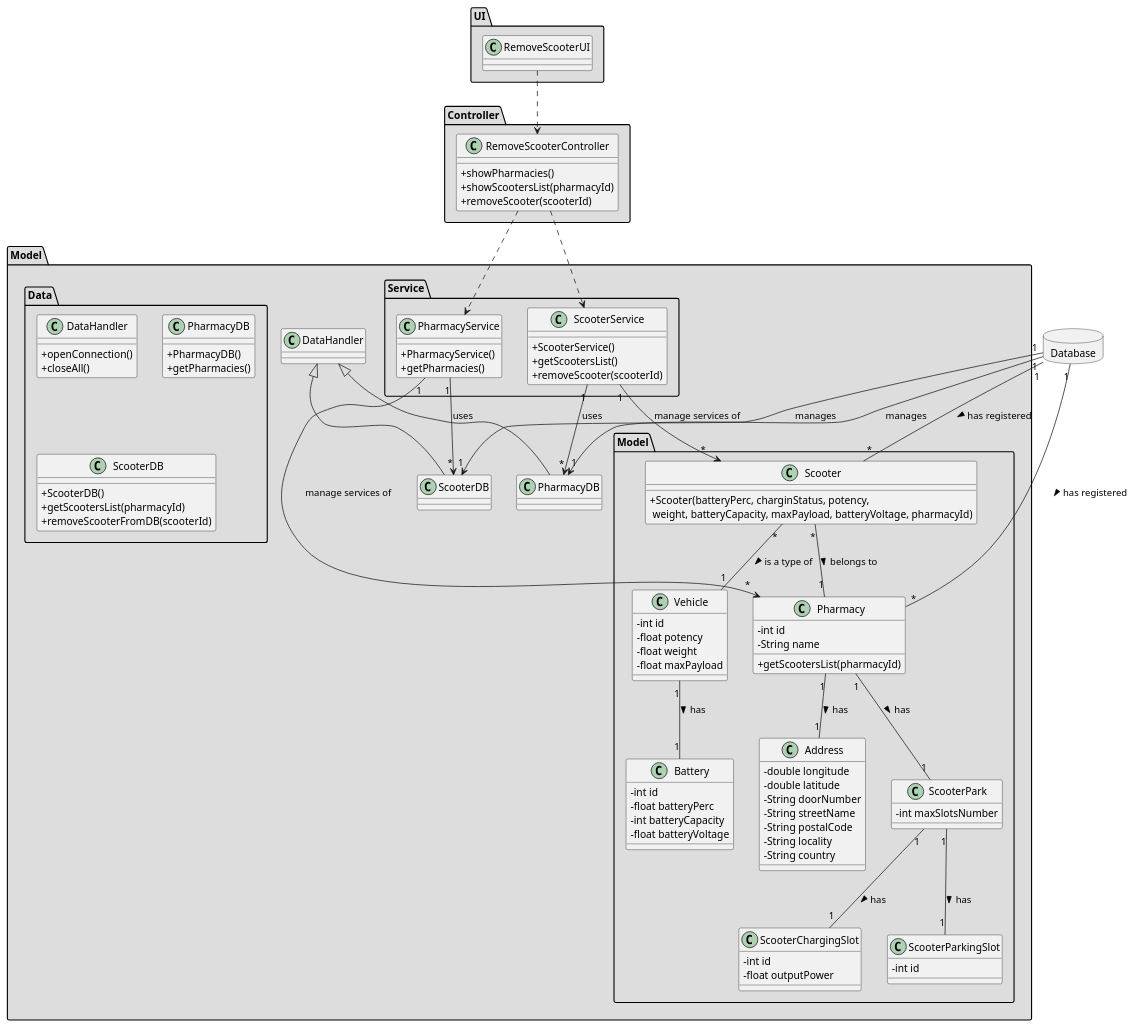
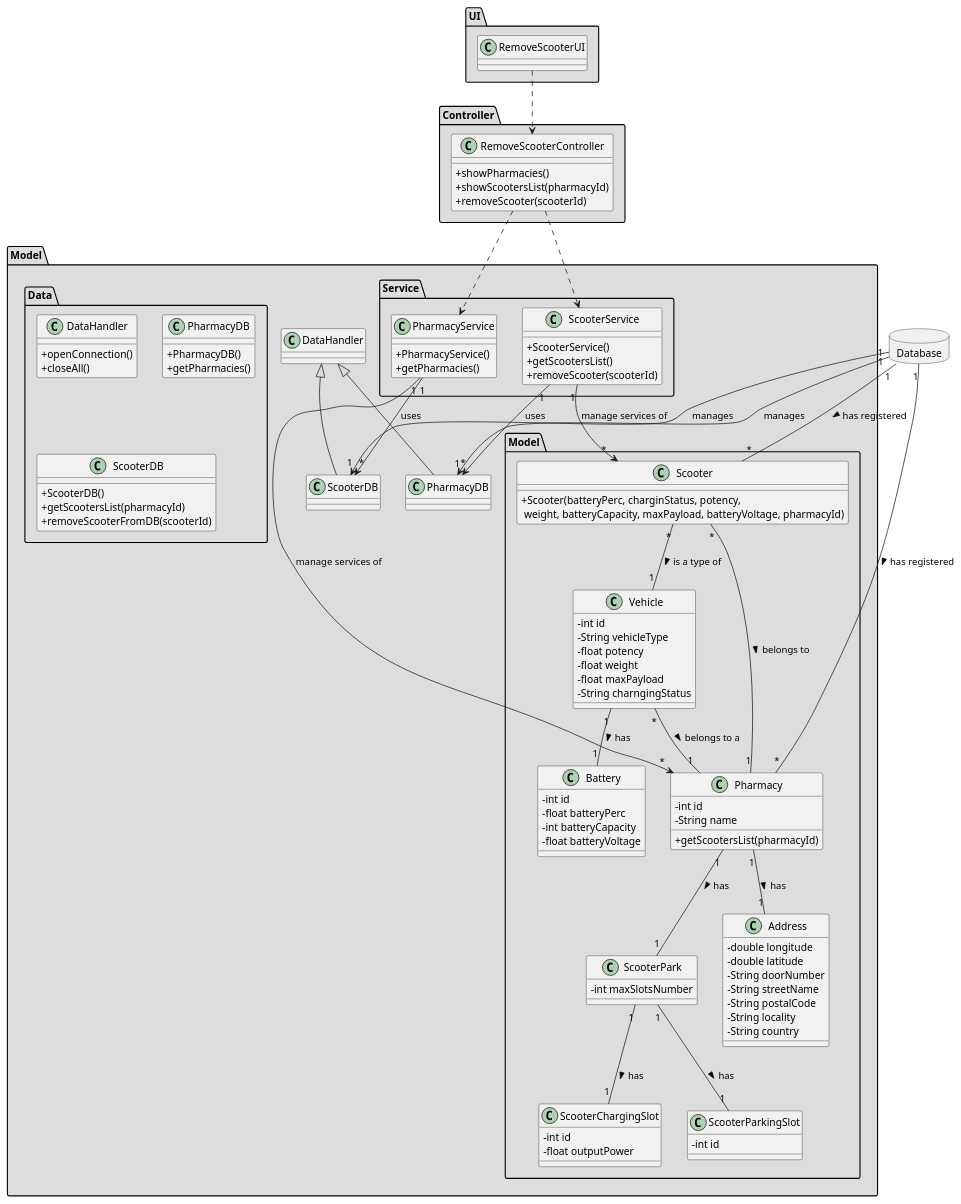
Before and after one commit to tiagoavcosta25/LAPR3: the diagram in docs/Iteration 2/Scooter Management/US22_RemoveScooter/Refinement/US22_CD.puml, drawn with PlantUML. The commit also changed 28 other files, not shown here.

```diff
--- a/docs/Iteration 2/Scooter Management/US22_RemoveScooter/Refinement/US22_CD.puml
+++ b/docs/Iteration 2/Scooter Management/US22_RemoveScooter/Refinement/US22_CD.puml
@@ -1,127 +1,130 @@
 @startuml
 skinparam classAttributeIconSize 0
 
 database Database {
 }
 
 package "UI" #DDDDDD {
 class RemoveScooterUI{
 }
 }
 
 package "Controller" #DDDDDD {
 class RemoveScooterController{
 +showPharmacies()
 +showScootersList(pharmacyId)
 +removeScooter(scooterId)
 }
 }
 
 
 package "Model" #DDDDDD {
  package "Service" #DDDDDD {
   class PharmacyService{
       +PharmacyService()
       +getPharmacies()
   }
 
   class ScooterService{
       +ScooterService()
       +getScootersList()
       +removeScooter(scooterId)
    }
 }
 
 package "Model" #DDDDDD {
 class ScooterPark{
 -   int maxSlotsNumber
 }
 
 class ScooterChargingSlot{
 -   int id
 -   float outputPower
 }
 
 class ScooterParkingSlot{
 -   int id
 }
 
 class Scooter{
 +Scooter(batteryPerc, charginStatus, potency,\n weight, batteryCapacity, maxPayload, batteryVoltage, pharmacyId)
 
 }
 
 class Vehicle{
   -int id
+  -String vehicleType
   -float potency
   -float weight
   -float maxPayload
+  -String charngingStatus
 }
 
 class Battery{
   -int id
   -float batteryPerc
   -int batteryCapacity
   -float batteryVoltage
 }
 
 class Address{
   -double longitude
   -double latitude
   -String doorNumber
   -String streetName
   -String postalCode
   -String locality
   -String country
 }
 
 class Pharmacy {
   -int id
   -String name
   +getScootersList(pharmacyId)
 }
 }
 
 
 package "Data" #DDDDDD {
 class DataHandler{
     +openConnection()
     +closeAll()
 }
 class PharmacyDB{
      +PharmacyDB()
      +getPharmacies()
  }
 
  class ScooterDB{
      +ScooterDB()
      +getScootersList(pharmacyId)
      +removeScooterFromDB(scooterId)
   }
 }
 
 class PharmacyDB extends DataHandler
 class ScooterDB extends DataHandler
 
 RemoveScooterUI ..> RemoveScooterController
 RemoveScooterController ..> PharmacyService
 RemoveScooterController ..> ScooterService
 Database "1" --> "1" PharmacyDB : manages
 Database "1" --> "1" ScooterDB : manages
 ScooterService "1" --> "*" PharmacyDB : uses
 PharmacyService "1" --> "*" ScooterDB : uses
 PharmacyService "1" --> "*" Pharmacy : manage services of
 ScooterService "1" --> "*" Scooter : manage services of
 
 Database "1" -- "*" Pharmacy : has registered >
 Database "1" -- "*" Scooter : has registered >
 
 Vehicle "1" -- "1" Battery : has >
+Vehicle "*" -- "1" Pharmacy : belongs to a >
 Scooter "*" -- "1" Vehicle : is a type of >
 Scooter "*" -- "1" Pharmacy : belongs to >
 Pharmacy "1" -- "1" Address : has >
 Pharmacy "1" -- "1" ScooterPark : has >
 ScooterPark "1" -- "1" ScooterChargingSlot : has >
 ScooterPark "1" -- "1" ScooterParkingSlot : has >
 
 @enduml
```
